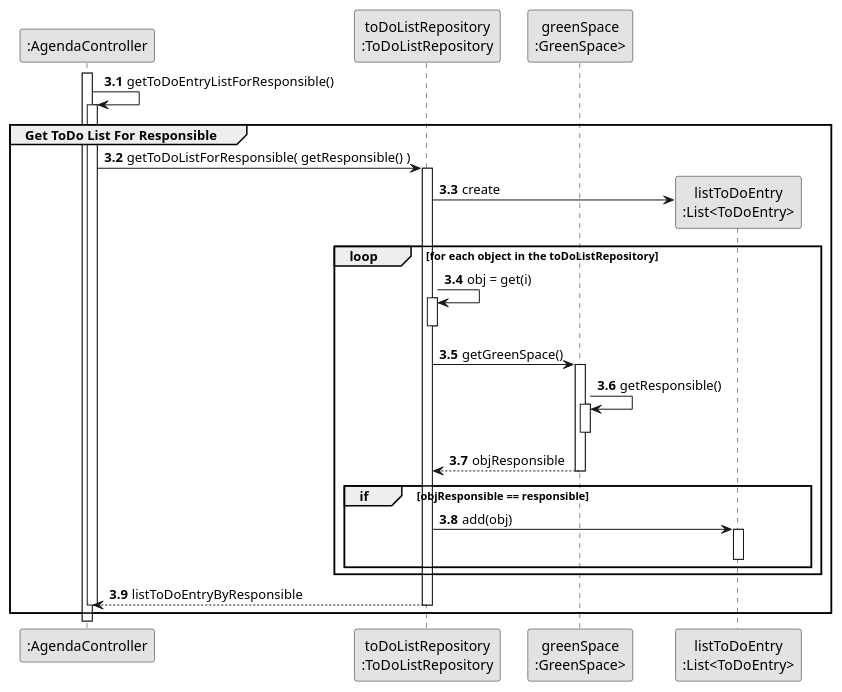
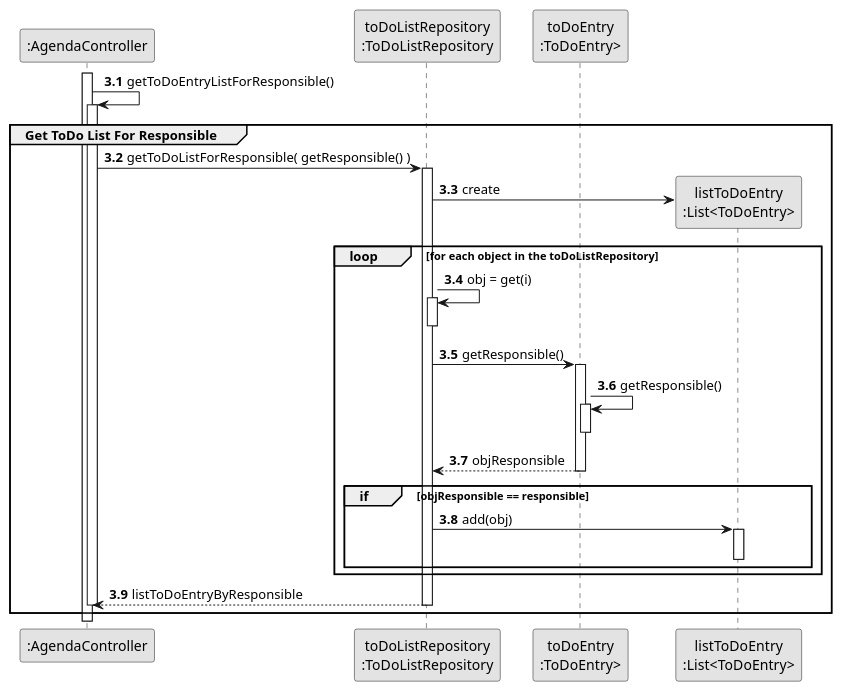
Before and after one commit to SAEmanuel/Green_Spaces_Management_ISEP: the diagram in docs/sprintC/us022/03.design/puml/us022-sequence-diagram-partial-get-ToDo-list-for-responsible.puml, drawn with PlantUML. The commit also changed 4 other files, not shown here.

```diff
--- a/docs/sprintC/us022/03.design/puml/us022-sequence-diagram-partial-get-ToDo-list-for-responsible.puml
+++ b/docs/sprintC/us022/03.design/puml/us022-sequence-diagram-partial-get-ToDo-list-for-responsible.puml
@@ -1,59 +1,59 @@
 @startuml
 skinparam monochrome true
 skinparam packageStyle rectangle
 skinparam shadowing false
 
 autonumber
 
 'hide footbox
 
 
 participant ":AgendaController" as CTRL
 participant "toDoListRepository\n:ToDoListRepository" as toDoListRepository
-participant "greenSpace\n:GreenSpace>" as green
+participant "toDoEntry\n:ToDoEntry>" as green
 participant "listToDoEntry\n:List<ToDoEntry>" as listToDo
 
 
 autonumber 8
 
 autonumber 3.1
  activate CTRL
             CTRL -> CTRL : getToDoEntryListForResponsible()
     group Get ToDo List For Responsible
     activate CTRL
 
              CTRL -> toDoListRepository: getToDoListForResponsible( getResponsible() )
                             activate toDoListRepository
 
                                    toDoListRepository -> listToDo** : create
                                    group loop [for each object in the toDoListRepository]
 
                                         toDoListRepository -> toDoListRepository :  obj = get(i)
                                         activate toDoListRepository
                                         deactivate toDoListRepository
 
-                                           toDoListRepository -> green : getGreenSpace()
+                                           toDoListRepository -> green : getResponsible()
                                            activate green
                                                 green -> green : getResponsible()
                                                 activate green
                                                 deactivate green
 
                                                 green --> toDoListRepository : objResponsible
                                            deactivate green
                                         group if [objResponsible == responsible]
 
                                            toDoListRepository -> listToDo : add(obj)
                                            activate listToDo
 
                                            deactivate listToDo
                                         end
 
                                    end
 
                                 toDoListRepository --> CTRL : listToDoEntryByResponsible
                             deactivate toDoListRepository
 
  deactivate CTRL
     end
 
 @enduml
```
